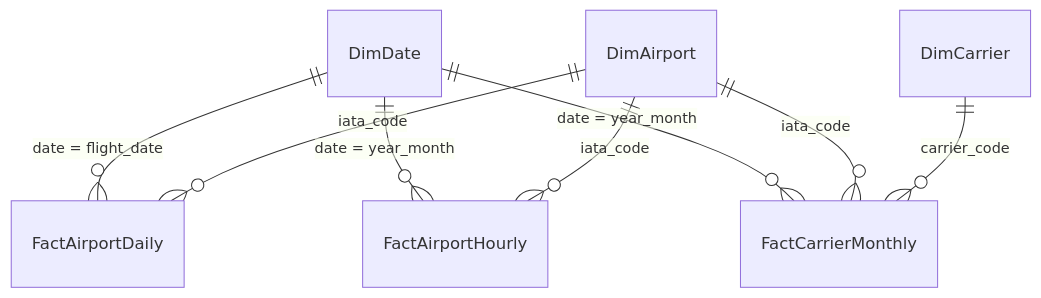
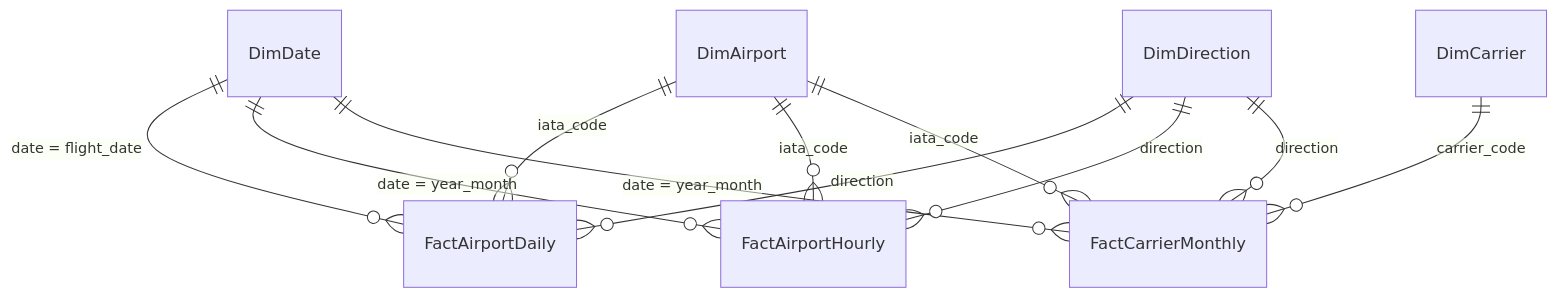
Before and after one commit to Gnanasudharsan/aeropulse-aviation-intelligence: the diagram in docs/dashboards/powerbi-report.md, drawn with Mermaid. The commit also changed other lines of this file and 64 other files, not shown here.

````diff
--- a/docs/dashboards/powerbi-report.md
+++ b/docs/dashboards/powerbi-report.md
@@ -11,10 +12,13 @@
 ```mermaid
 erDiagram
   DimDate ||--o{ FactAirportDaily : "date = flight_date"
   DimDate ||--o{ FactAirportHourly : "date = year_month"
   DimDate ||--o{ FactCarrierMonthly : "date = year_month"
   DimAirport ||--o{ FactAirportDaily : iata_code
   DimAirport ||--o{ FactAirportHourly : iata_code
   DimAirport ||--o{ FactCarrierMonthly : iata_code
   DimCarrier ||--o{ FactCarrierMonthly : carrier_code
+  DimDirection ||--o{ FactAirportDaily : direction
+  DimDirection ||--o{ FactAirportHourly : direction
+  DimDirection ||--o{ FactCarrierMonthly : direction
 ```
````
